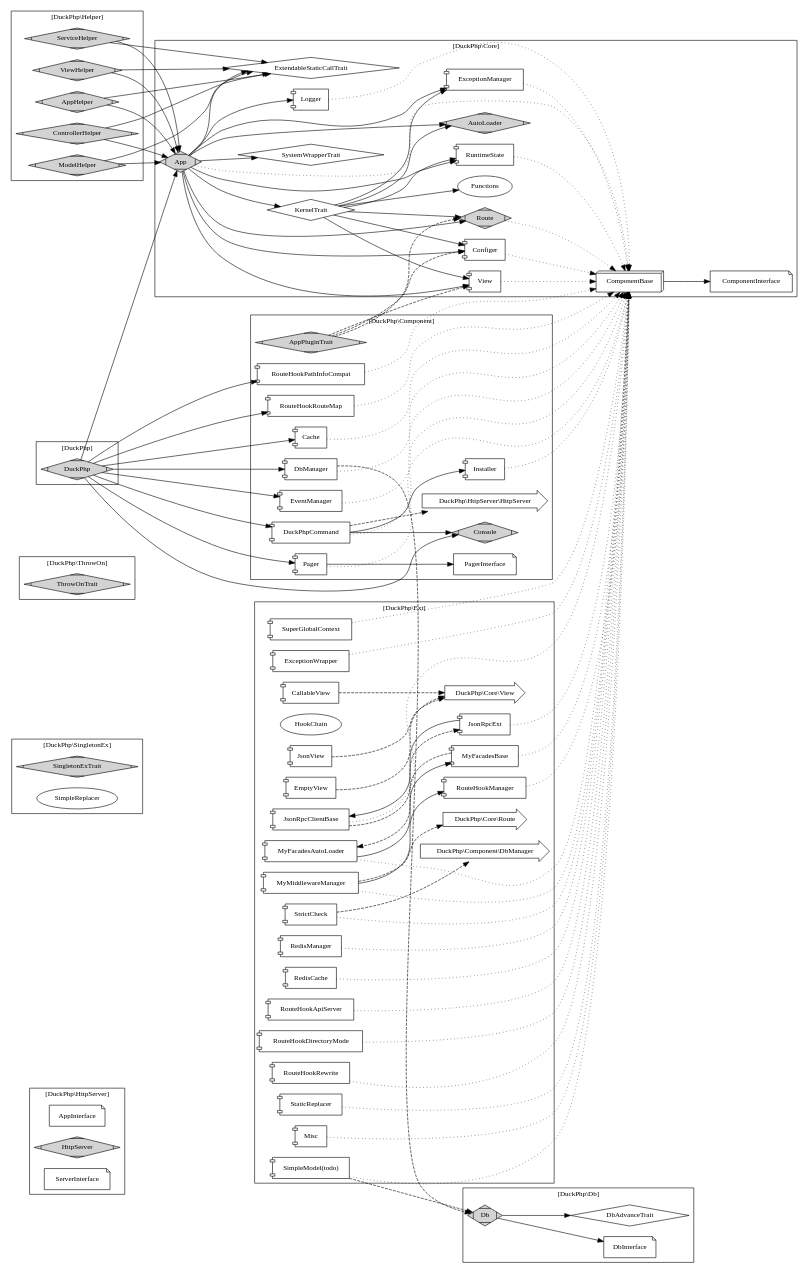
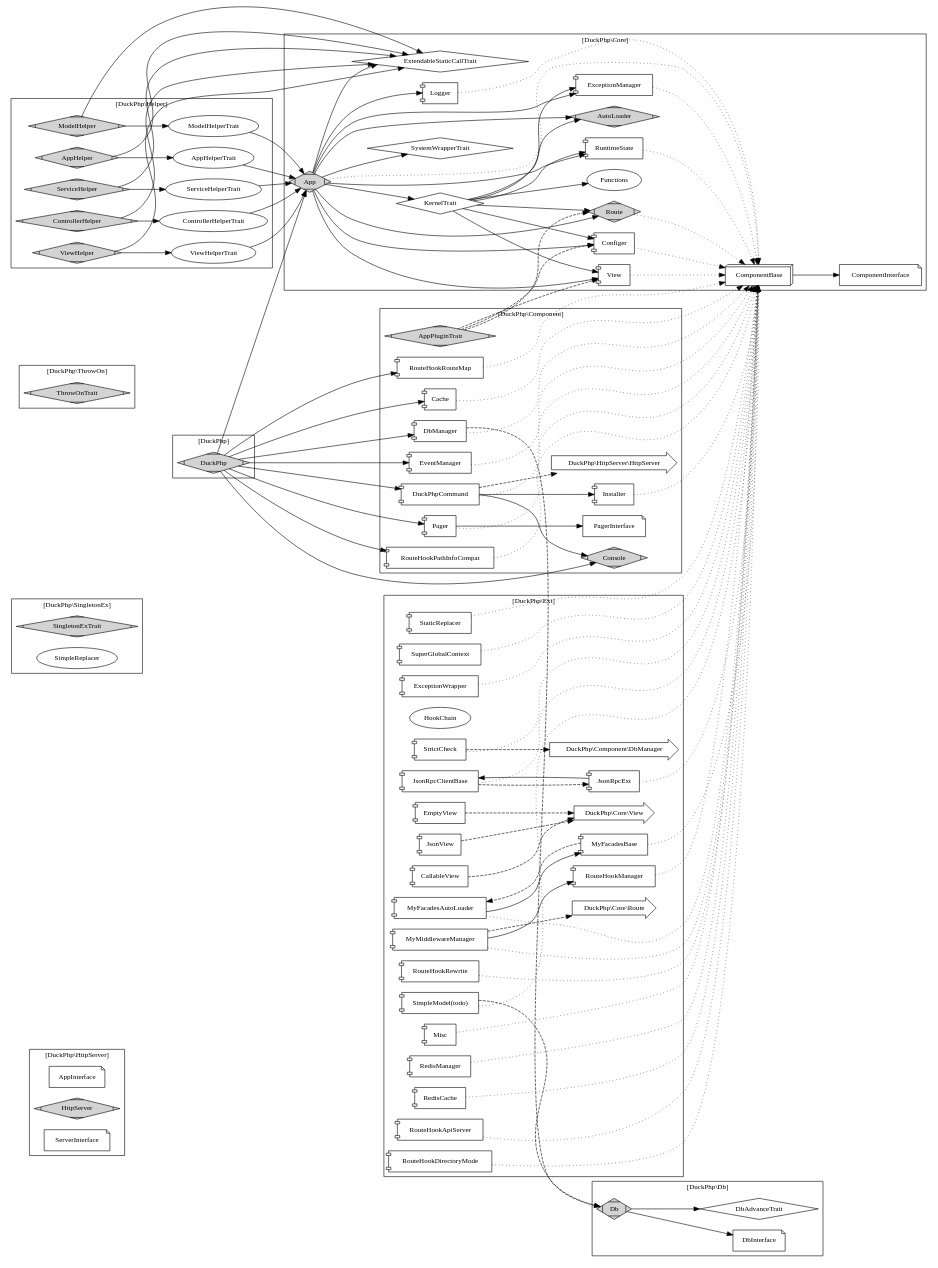
One commit to dvaknheo/duckphp changed the diagram in docs/duckphp.gv. Above: the diagram before and after it, drawn with Graphviz. The commit also changed 15 other files, not shown here.

Commit message:
五连通过，架构图修改，View 调整

```diff
--- a/docs/duckphp.gv
+++ b/docs/duckphp.gv
@@ -89,17 +89,23 @@
     ServiceHelper [label="ServiceHelper";shape=Mdiamond;style=filled];
     ViewHelper [label="ViewHelper";shape=Mdiamond;style=filled];
     
-    AppHelper -> App; 
-    ControllerHelper -> App; 
-    ModelHelper -> App; 
-    ServiceHelper -> App; 
-    ViewHelper -> App; 
+    AppHelperTrait -> App; 
+    ControllerHelperTrait -> App; 
+    ModelHelperTrait -> App; 
+    ServiceHelperTrait -> App; 
+    ViewHelperTrait -> App; 
     
     AppHelper -> ExtendableStaticCallTrait; 
     ControllerHelper -> ExtendableStaticCallTrait; 
     ModelHelper -> ExtendableStaticCallTrait; 
     ServiceHelper -> ExtendableStaticCallTrait; 
     ViewHelper -> ExtendableStaticCallTrait; 
+
+    AppHelper -> AppHelperTrait; 
+    ControllerHelper -> ControllerHelperTrait; 
+    ModelHelper -> ModelHelperTrait; 
+    ServiceHelper -> ServiceHelperTrait; 
+    ViewHelper -> ViewHelperTrait; 
 
 }
 
```
